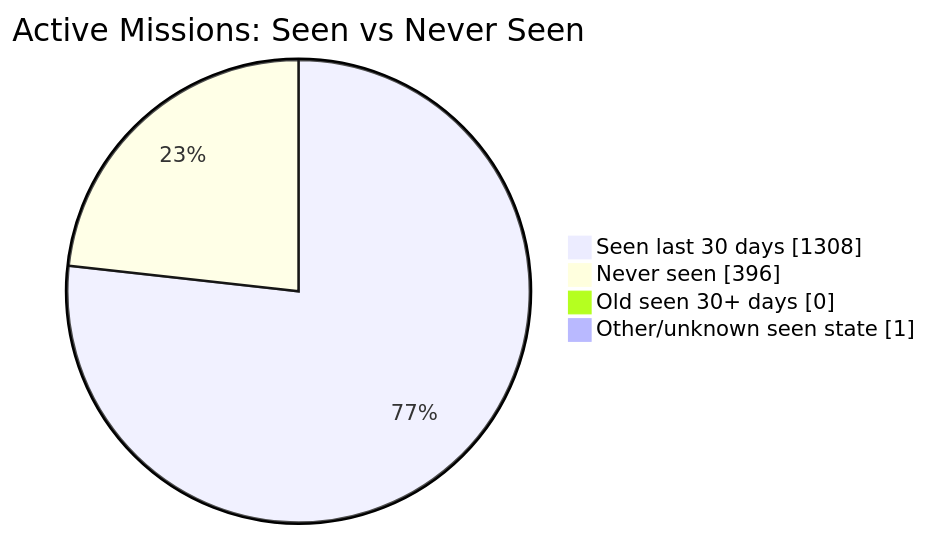
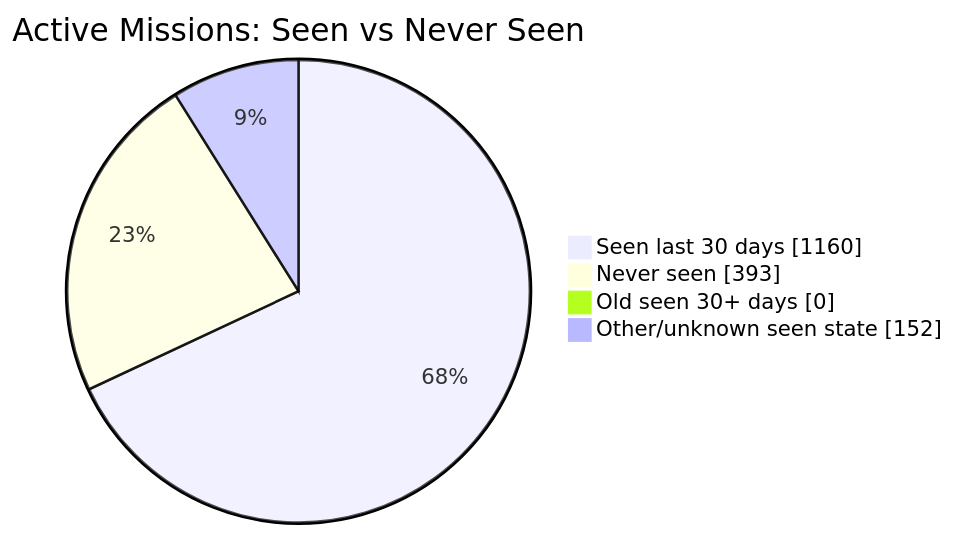
Before and after one commit to MeldkamerspelGameTeam/active-missions: the diagram in README.md, drawn with Mermaid. The commit also changed other lines of this file and 2 other files, not shown here.

Commit message:
chore: update mission data

````diff
--- a/README.md
+++ b/README.md
@@ -34,8 +34,8 @@
 ```mermaid
 pie showData
     title Active Missions: Seen vs Never Seen
-    "Seen last 30 days" : 1308
-    "Never seen" : 396
+    "Seen last 30 days" : 1160
+    "Never seen" : 393
     "Old seen 30+ days" : 0
-    "Other/unknown seen state" : 1
+    "Other/unknown seen state" : 152
 ```
````
